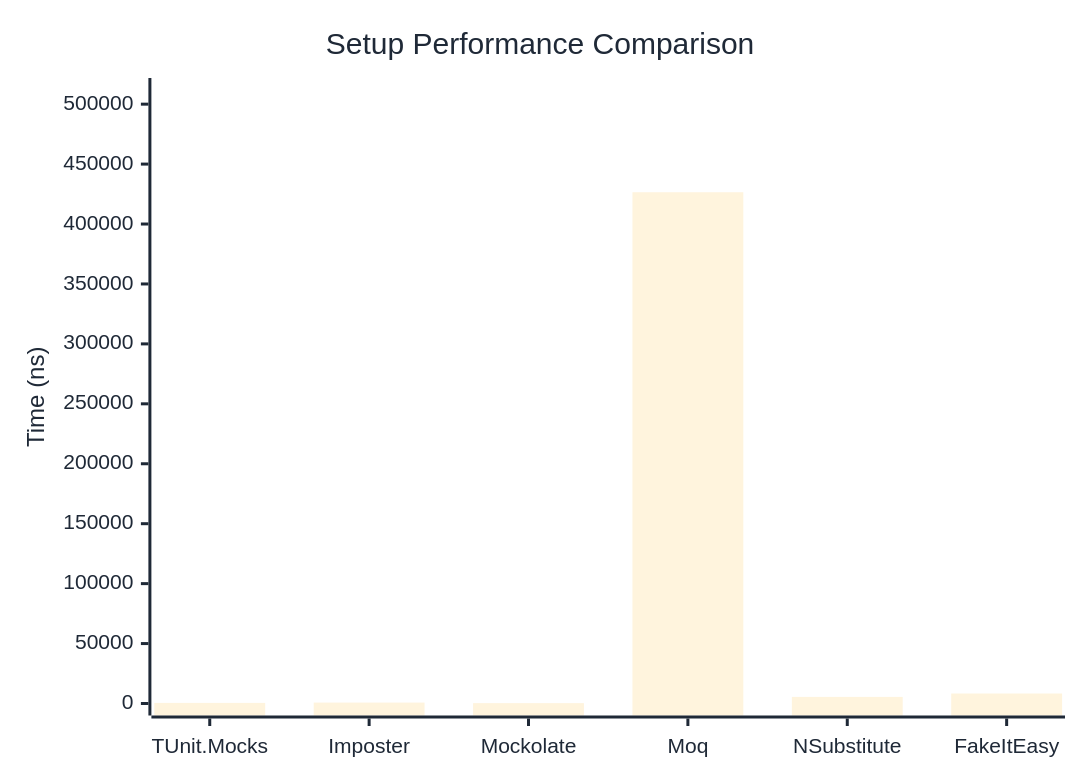
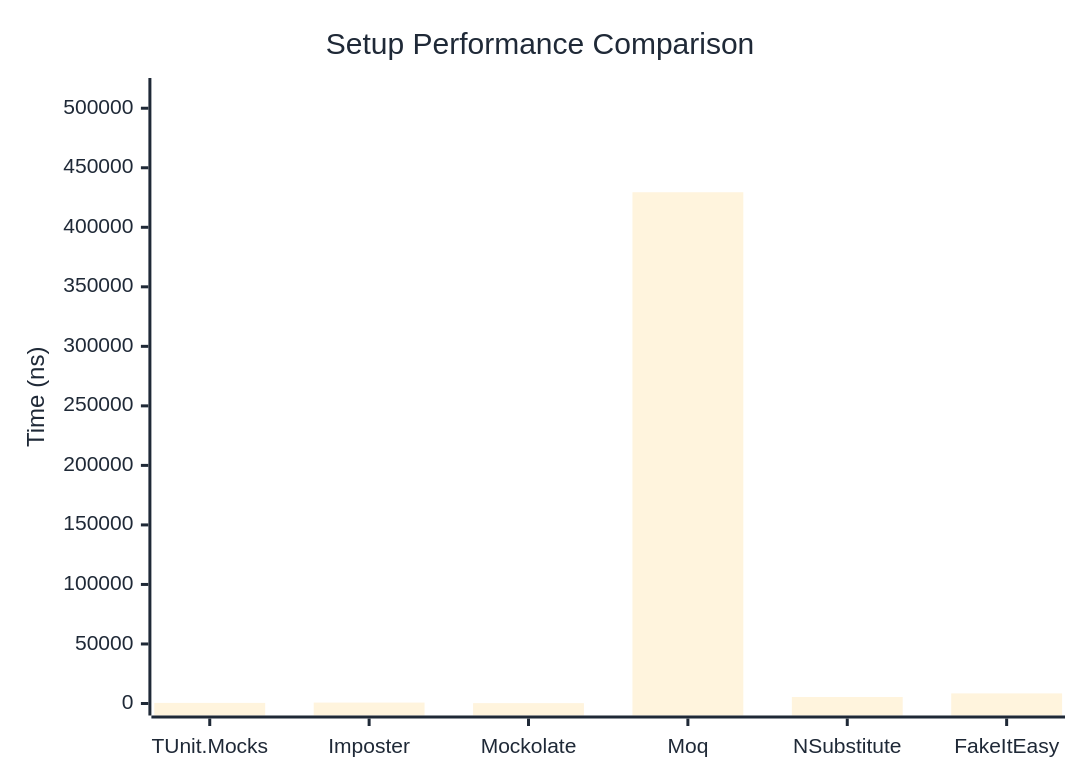
One commit to thomhurst/TUnit changed the first of 2 diagrams in docs/docs/benchmarks/mocks/Setup.md. Above: the diagram before and after it, drawn with Mermaid. The commit also changed other lines of this file and 14 other files, not shown here.

````diff
--- a/docs/docs/benchmarks/mocks/Setup.md
+++ b/docs/docs/benchmarks/mocks/Setup.md
@@ -30,27 +30,27 @@
 ```mermaid
 %%{init: {
   'theme':'base',
   'themeVariables': {
     'primaryColor': '#2563eb',
     'primaryTextColor': '#1f2937',
     'primaryBorderColor': '#1e40af',
     'lineColor': '#6b7280',
     'secondaryColor': '#7c3aed',
     'tertiaryColor': '#dc2626',
     'background': '#ffffff',
     'pie1': '#2563eb',
     'pie2': '#7c3aed',
     'pie3': '#dc2626',
     'pie4': '#f59e0b',
     'pie5': '#10b981',
     'pie6': '#06b6d4',
     'pie7': '#ec4899',
     'pie8': '#6366f1'
   }
 }}%%
 xychart-beta
   title "Setup Performance Comparison"
   x-axis ["TUnit.Mocks", "Imposter", "Mockolate", "Moq", "NSubstitute", "FakeItEasy"]
-  y-axis "Time (ns)" 0 --> 511809
-  bar [508.9, 765.6, 305, 426507.3, 5507, 8331.1]
+  y-axis "Time (ns)" 0 --> 515318
+  bar [511, 767.8, 300, 429431.1, 5452, 8484.4]
 ```
````
